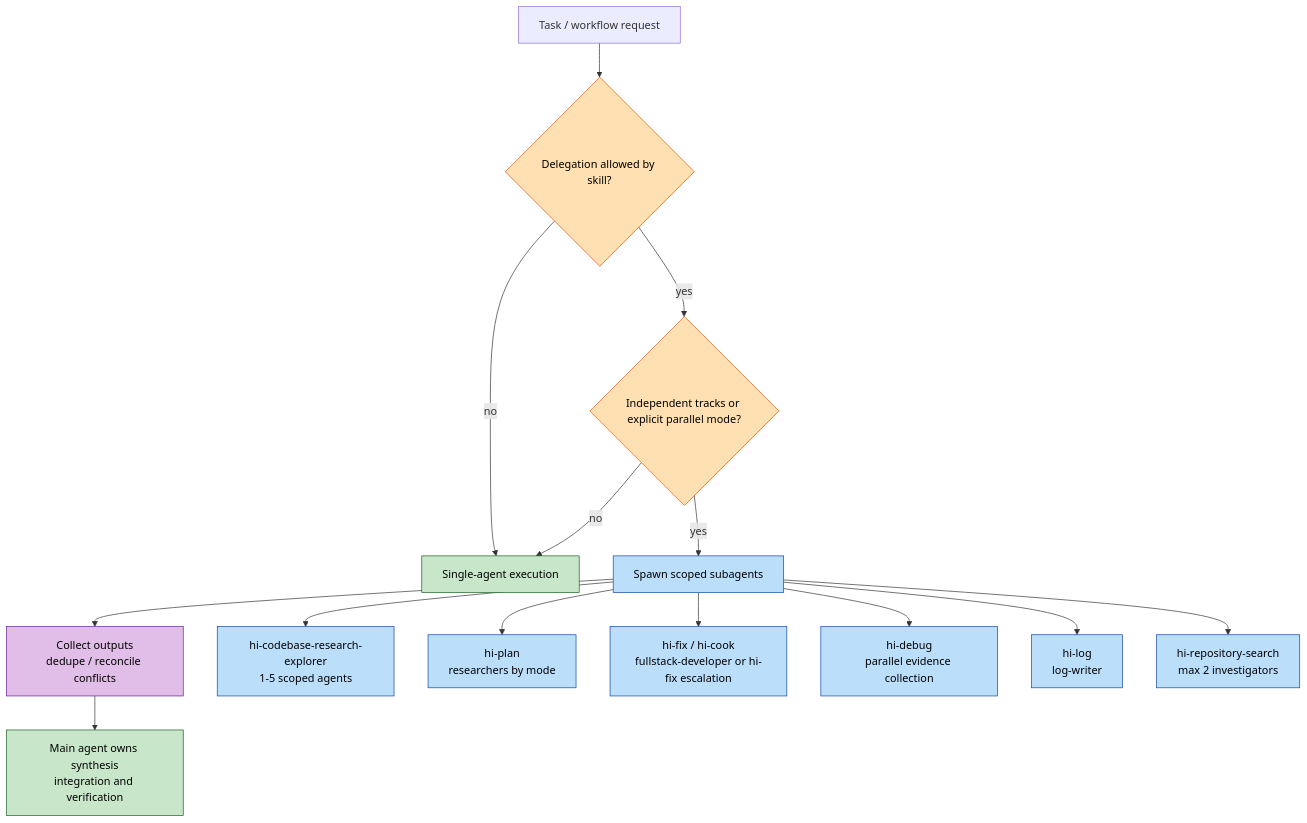
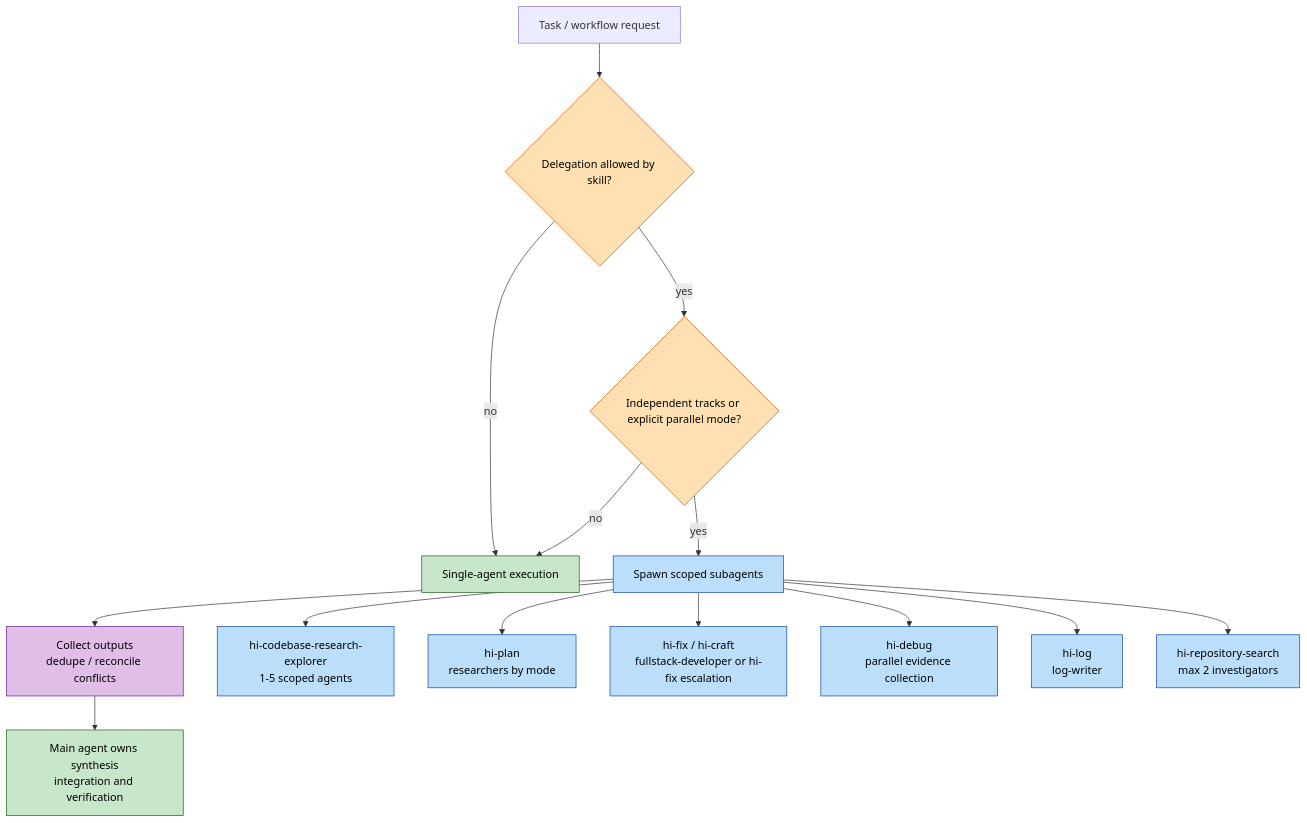
The first of 5 diagrams in README.md (baka3k/dev-kit), drawn with Mermaid before and after one commit. The commit also changed other lines of this file and 8 other files, not shown here.

Commit message:
Rename `hi-cook` to `hi-craft` across documentation and codebase; update related workflows and remove deprecated files.

````diff
--- a/README.md
+++ b/README.md
@@ -308,26 +308,26 @@
 ```mermaid
 graph TD
     A["Task / workflow request"] --> B{"Delegation allowed by skill?"}
     B -->|no| C["Single-agent execution"]
     B -->|yes| D{"Independent tracks or explicit parallel mode?"}
     D -->|no| C
     D -->|yes| E["Spawn scoped subagents"]
     E --> F["Collect outputs<br/>dedupe / reconcile conflicts"]
     F --> G["Main agent owns synthesis<br/>integration and verification"]
 
     E --> H["hi-codebase-research-explorer<br/>1-5 scoped agents"]
     E --> I["hi-plan<br/>researchers by mode"]
-    E --> J["hi-fix / hi-cook<br/>fullstack-developer or hi-fix escalation"]
+    E --> J["hi-fix / hi-craft<br/>fullstack-developer or hi-fix escalation"]
     E --> K["hi-debug<br/>parallel evidence collection"]
     E --> L["hi-log<br/>log-writer"]
     E --> M["hi-repository-search<br/>max 2 investigators"]
 
     classDef decision fill:#ffe0b2,stroke:#e65100,color:#000
     classDef primary fill:#c8e6c9,stroke:#1b5e20,color:#000
     classDef delegated fill:#bbdefb,stroke:#0d47a1,color:#000
     classDef synthesis fill:#e1bee7,stroke:#6a1b9a,color:#000
     class B,D decision
     class C,G primary
     class E,H,I,J,K,L,M delegated
     class F synthesis
 ```
````
